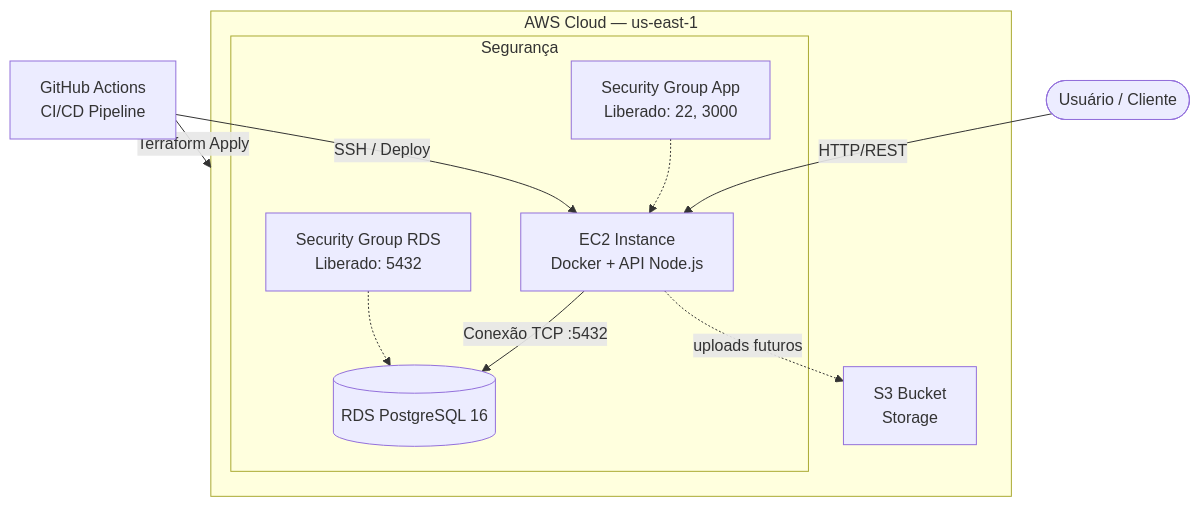
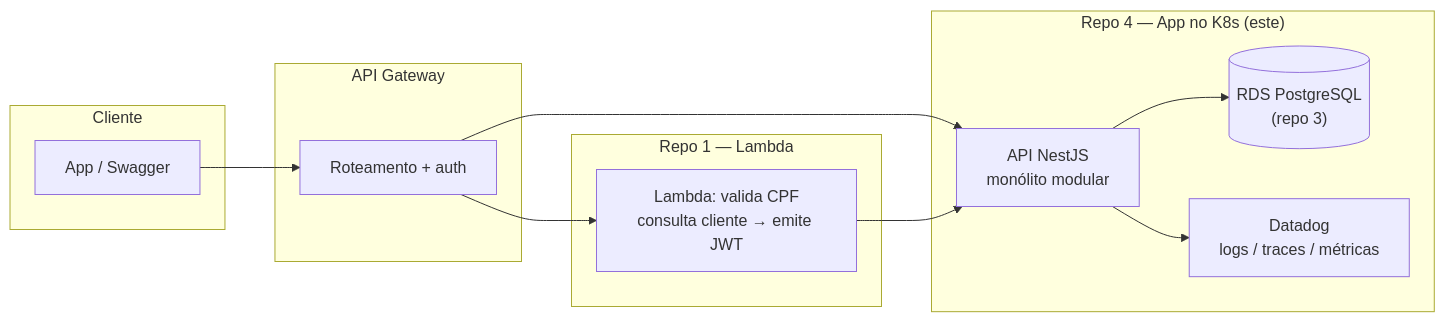
One commit to FernandoGreco/techChallengePosTech-Aplication changed the diagram in README.md. Above: the diagram before and after it, drawn with Mermaid. The commit also changed other lines of this file and 9 other files, not shown here.

First line of the commit message:
docs(architecture): WS4 — documentação arquitetural completa

````diff
--- a/README.md
+++ b/README.md
@@ -534,17 +24,25 @@
 ```mermaid
-flowchart TB
-    User(["Usuário / Cliente"]) -->|HTTP/REST| EC2["EC2 Instance<br/>Docker + API Node.js"]
-
-    subgraph AWS["AWS Cloud — us-east-1"]
-        EC2 -->|"Conexão TCP :5432"| RDS[("RDS PostgreSQL 16")]
-        EC2 -.->|"uploads futuros"| S3["S3 Bucket<br/>Storage"]
-
-        subgraph Seguranca["Segurança"]
-            SG_APP["Security Group App<br/>Liberado: 22, 3000"] -.-> EC2
-            SG_RDS["Security Group RDS<br/>Liberado: 5432"] -.-> RDS
-        end
+flowchart LR
+    subgraph EXT["Cliente"]
+        C["App / Swagger"]
     end
 
-    GitHub["GitHub Actions<br/>CI/CD Pipeline"] -->|"SSH / Deploy"| EC2
-    GitHub -->|"Terraform Apply"| AWS
+    subgraph REPO1["Repo 1 — Lambda"]
+        L["Lambda: valida CPF<br/>consulta cliente → emite JWT"]
+    end
+
+    subgraph GW["API Gateway"]
+        G["Roteamento + auth"]
+    end
+
+    subgraph SEU["Repo 4 — App no K8s (este)"]
+        API["API NestJS<br/>monólito modular"]
+        API --> PG[("RDS PostgreSQL<br/>(repo 3)")]
+        API --> DD["Datadog<br/>logs / traces / métricas"]
+    end
+
+    C --> G
+    G --> L
+    G --> API
+    L --> API
 ```
````
